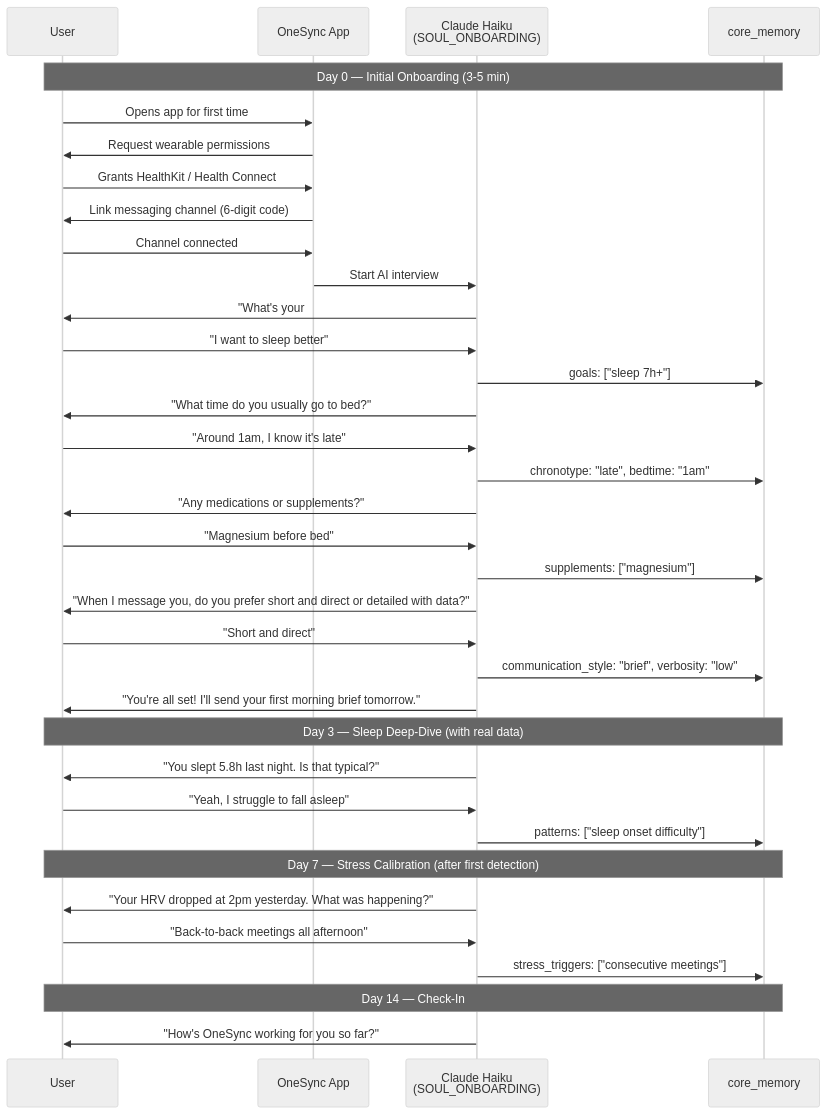
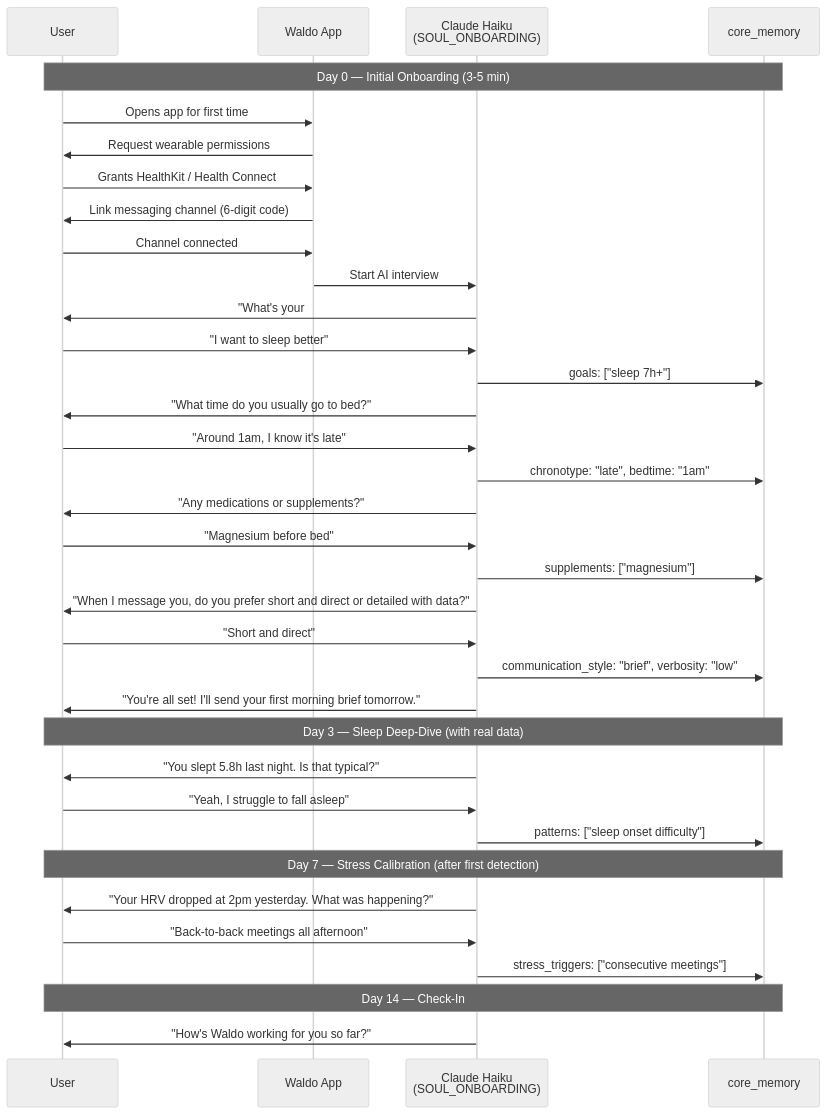
Before and after one commit to Pin4sf/Waldo: the second of 8 diagrams in docs-site/diagrams.md, drawn with Mermaid (neutral theme). The commit also changed 56 other files, not shown here.

First line of the commit message:
feat: rebrand OneSync to Waldo across entire codebase

````diff
--- a/docs-site/diagrams.md
+++ b/docs-site/diagrams.md
@@ -73,42 +73,42 @@
 ```mermaid
 sequenceDiagram
     participant U as User
-    participant APP as OneSync App
+    participant APP as Waldo App
     participant AI as Claude Haiku<br/>(SOUL_ONBOARDING)
     participant MEM as core_memory
 
     Note over U,MEM: Day 0 — Initial Onboarding (3-5 min)
     U->>APP: Opens app for first time
     APP->>U: Request wearable permissions
     U->>APP: Grants HealthKit / Health Connect
     APP->>U: Link messaging channel (6-digit code)
     U->>APP: Channel connected
 
     APP->>AI: Start AI interview
     AI->>U: "What's your #1 health goal?"
     U->>AI: "I want to sleep better"
     AI->>MEM: goals: ["sleep 7h+"]
     AI->>U: "What time do you usually go to bed?"
     U->>AI: "Around 1am, I know it's late"
     AI->>MEM: chronotype: "late", bedtime: "1am"
     AI->>U: "Any medications or supplements?"
     U->>AI: "Magnesium before bed"
     AI->>MEM: supplements: ["magnesium"]
     AI->>U: "When I message you, do you prefer short and direct or detailed with data?"
     U->>AI: "Short and direct"
     AI->>MEM: communication_style: "brief", verbosity: "low"
     AI->>U: "You're all set! I'll send your first morning brief tomorrow."
 
     Note over U,MEM: Day 3 — Sleep Deep-Dive (with real data)
     AI->>U: "You slept 5.8h last night. Is that typical?"
     U->>AI: "Yeah, I struggle to fall asleep"
     AI->>MEM: patterns: ["sleep onset difficulty"]
 
     Note over U,MEM: Day 7 — Stress Calibration (after first detection)
     AI->>U: "Your HRV dropped at 2pm yesterday. What was happening?"
     U->>AI: "Back-to-back meetings all afternoon"
     AI->>MEM: stress_triggers: ["consecutive meetings"]
 
     Note over U,MEM: Day 14 — Check-In
-    AI->>U: "How's OneSync working for you so far?"
+    AI->>U: "How's Waldo working for you so far?"
 ```
````
